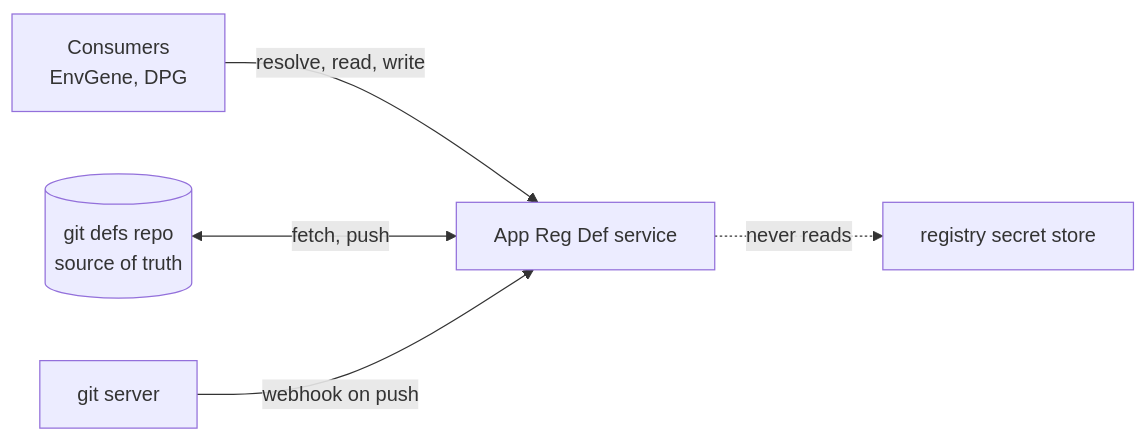
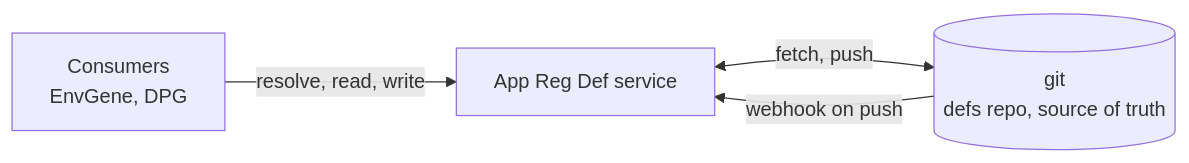
Before and after one commit to Netcracker/qubership-envgene: the first of 5 diagrams in docs/analysis/app-reg-def-service/design/architecture.md, drawn with Mermaid. The commit also changed other lines of this file, not shown here.

First line of the commit message:
docs: trim architecture.md intro and simplify the context diagram

````diff
--- a/docs/analysis/app-reg-def-service/design/architecture.md
+++ b/docs/analysis/app-reg-def-service/design/architecture.md
@@ -19,7 +17,6 @@
 ```mermaid
 flowchart LR
   consumers["Consumers<br/>EnvGene, DPG"] -->|"resolve, read, write"| svc["App Reg Def service"]
-  gitrepo[("git defs repo<br/>source of truth")] <-->|"fetch, push"| svc
-  gitsrv["git server"] -->|"webhook on push"| svc
-  svc -. "never reads" .-> secrets["registry secret store"]
+  svc <-->|"fetch, push"| git[("git<br/>defs repo, source of truth")]
+  git -->|"webhook on push"| svc
 ```
````
